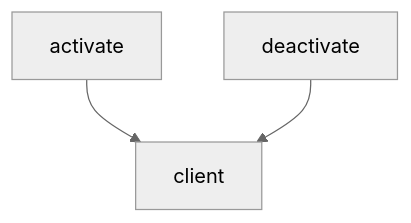
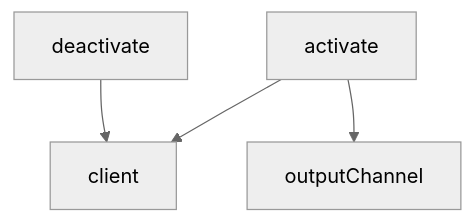
Before and after one commit to DovahkiinYuzuko/DocsAuditor: the diagram in docs/variables'n'functions/[TypeScript]extension.md, drawn with Mermaid (neutral theme). The commit also changed other lines of this file and 1 other file, not shown here.

````diff
--- a/docs/variables'n'functions/[TypeScript]extension.md
+++ b/docs/variables'n'functions/[TypeScript]extension.md
@@ -34,5 +44,6 @@
 ```mermaid
 graph TD
     activate --> client
+    activate --> outputChannel
     deactivate --> client
 ```
````
